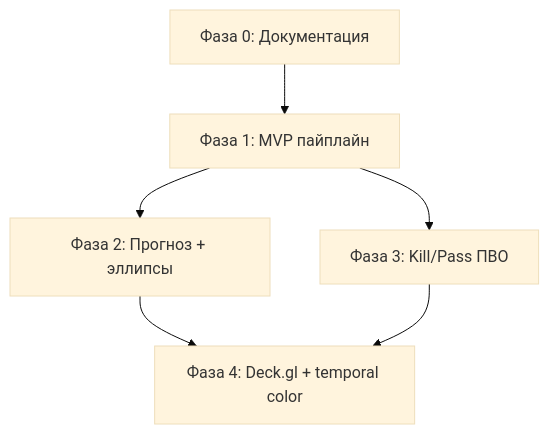
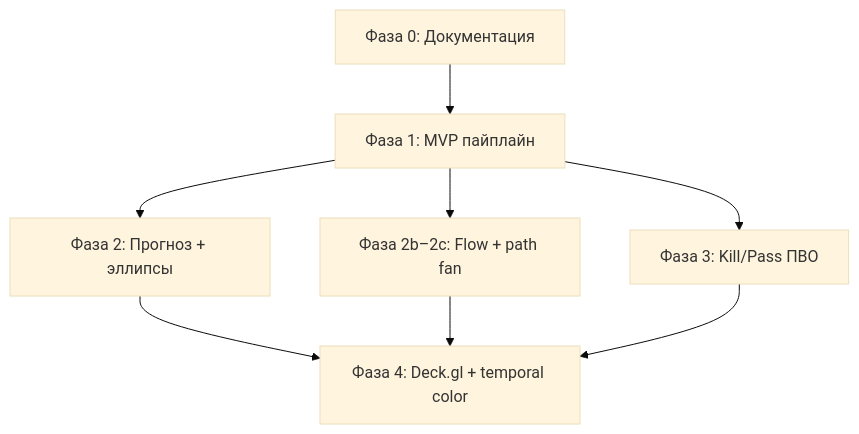
Before and after one commit to exclusiveLogin/radar: the first of 2 diagrams in docs/roadmap-tracking-forecasting.md, drawn with Mermaid (base theme). The commit also changed other lines of this file and 47 other files, not shown here.

First line of the commit message:
docs: SDD Parse/ODP/Tracking, master roadmap и ADR 012–014

````diff
--- a/docs/roadmap-tracking-forecasting.md
+++ b/docs/roadmap-tracking-forecasting.md
@@ -46,13 +49,16 @@
 ```mermaid
 flowchart TB
   P0[Фаза 0: Документация]
   P1[Фаза 1: MVP пайплайн]
   P2[Фаза 2: Прогноз + эллипсы]
+  P2b[Фаза 2b–2c: Flow + path fan]
   P3[Фаза 3: Kill/Pass ПВО]
   P4[Фаза 4: Deck.gl + temporal color]
   P0 --> P1
   P1 --> P2
+  P1 --> P2b
   P1 --> P3
   P2 --> P4
+  P2b --> P4
   P3 --> P4
 ```
````
